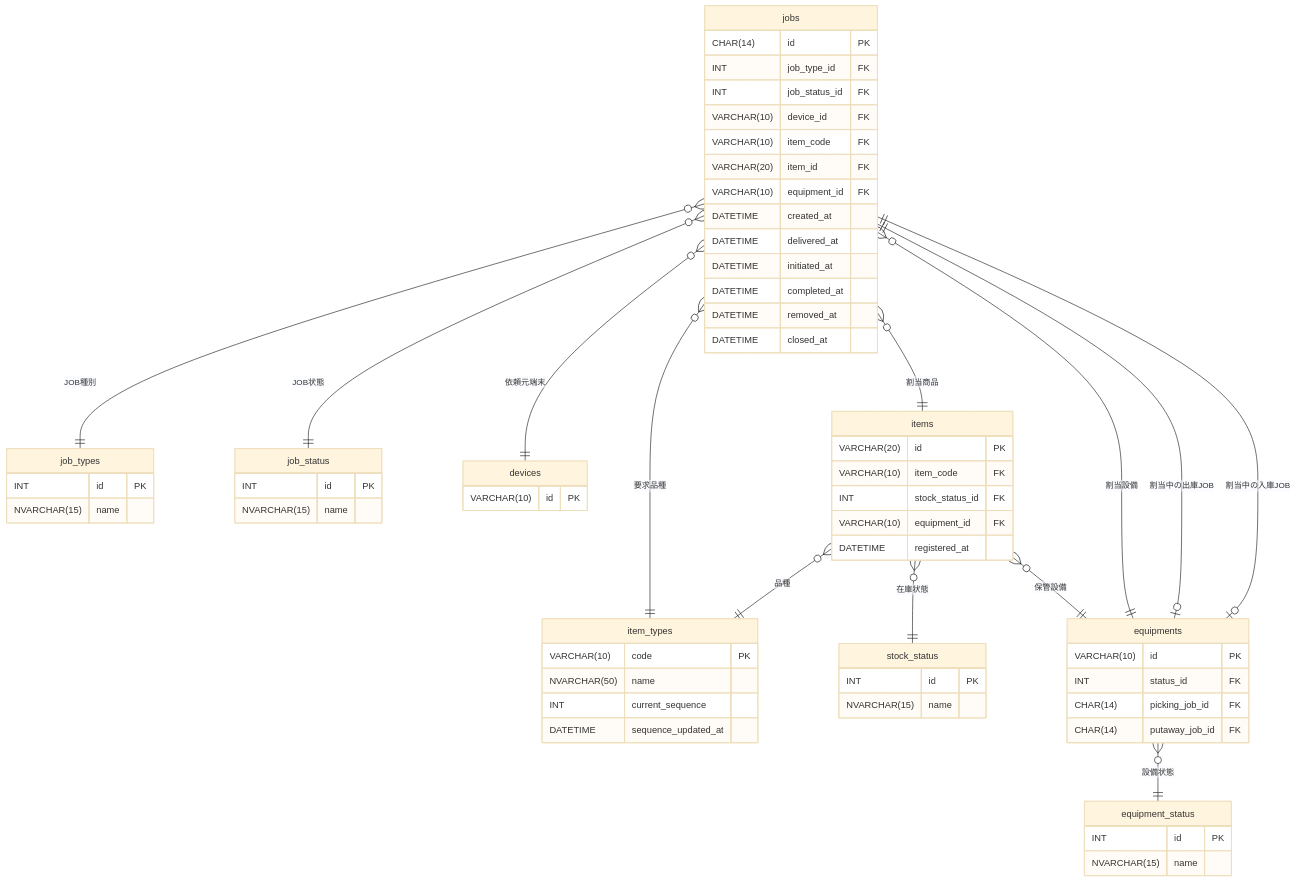
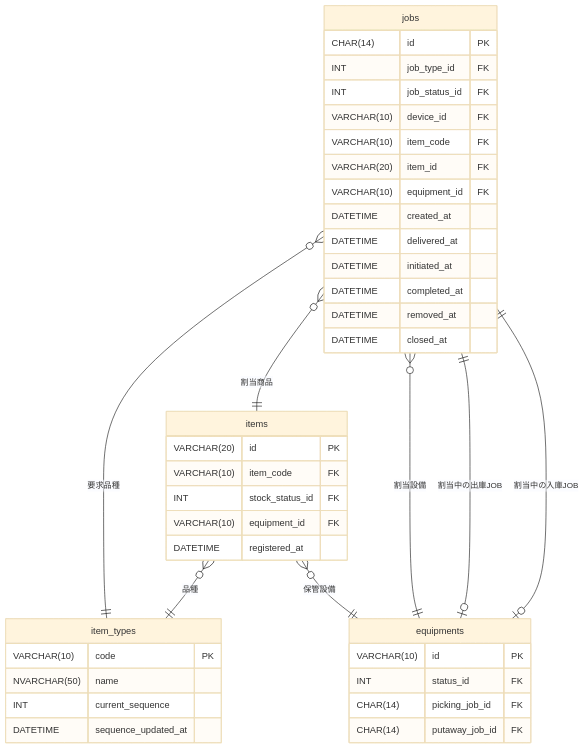
Before and after one commit to YE0250OCHI/FinalAssignment_TeamA: the diagram in docs/server/db_design.md, drawn with Mermaid (base theme). The commit also changed other lines of this file, not shown here.

````diff
--- a/docs/server/db_design.md
+++ b/docs/server/db_design.md
@@ -200,79 +108,50 @@
 ``` mermaid
 erDiagram
     jobs {
         CHAR(14) id PK
         INT job_type_id FK
         INT job_status_id FK
         VARCHAR(10) device_id FK
         VARCHAR(10) item_code FK
         VARCHAR(20) item_id FK
         VARCHAR(10) equipment_id FK
         DATETIME created_at
         DATETIME delivered_at
         DATETIME initiated_at
         DATETIME completed_at
         DATETIME removed_at
         DATETIME closed_at
     }
 
     items {
         VARCHAR(20) id PK
         VARCHAR(10) item_code FK
         INT stock_status_id FK
         VARCHAR(10) equipment_id FK
         DATETIME registered_at
     }
 
     equipments {
         VARCHAR(10) id PK
         INT status_id FK
         CHAR(14) picking_job_id FK
         CHAR(14) putaway_job_id FK
     }
 
-    devices {
-        VARCHAR(10) id PK
-    }
-
     item_types {
         VARCHAR(10) code PK
         NVARCHAR(50) name
         INT current_sequence
         DATETIME sequence_updated_at
     }
 
-    job_status {
-        INT id PK
-        NVARCHAR(15) name
-    }
-
-    job_types {
-        INT id PK
-        NVARCHAR(15) name
-    }
-
-    equipment_status {
-        INT id PK
-        NVARCHAR(15) name
-    }
-
-    stock_status {
-        INT id PK
-        NVARCHAR(15) name
-    }
-
-    jobs }o--|| job_types : "JOB種別"
-    jobs }o--|| job_status : "JOB状態"
-    jobs }o--|| devices : "依頼元端末"
     jobs }o--|| item_types : "要求品種"
     jobs }o--|| items : "割当商品"
     jobs }o--|| equipments : "割当設備"
 
     items }o--|| item_types : "品種"
-    items }o--|| stock_status : "在庫状態"
     items }o--|| equipments : "保管設備"
 
-    equipments }o--|| equipment_status : "設備状態"
     equipments |o--|| jobs : "割当中の出庫JOB"
     equipments |o--|| jobs : "割当中の入庫JOB"
 ```
````
